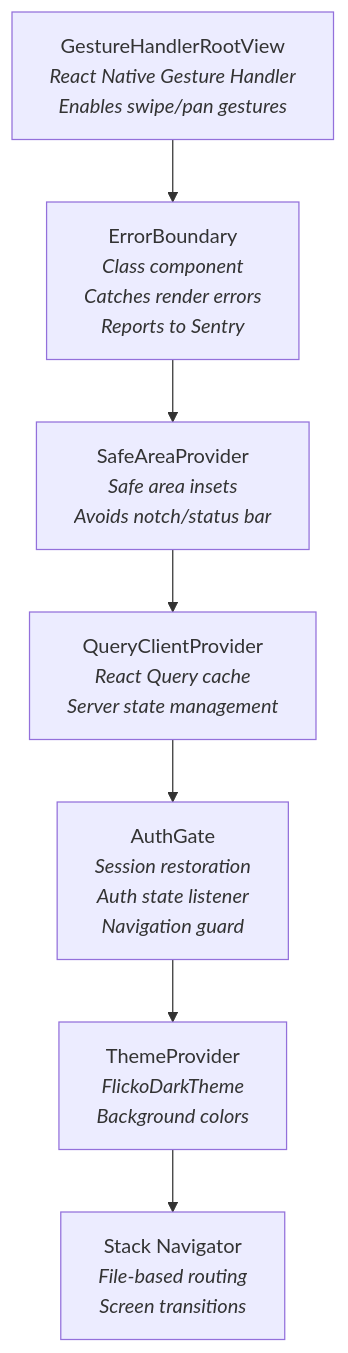
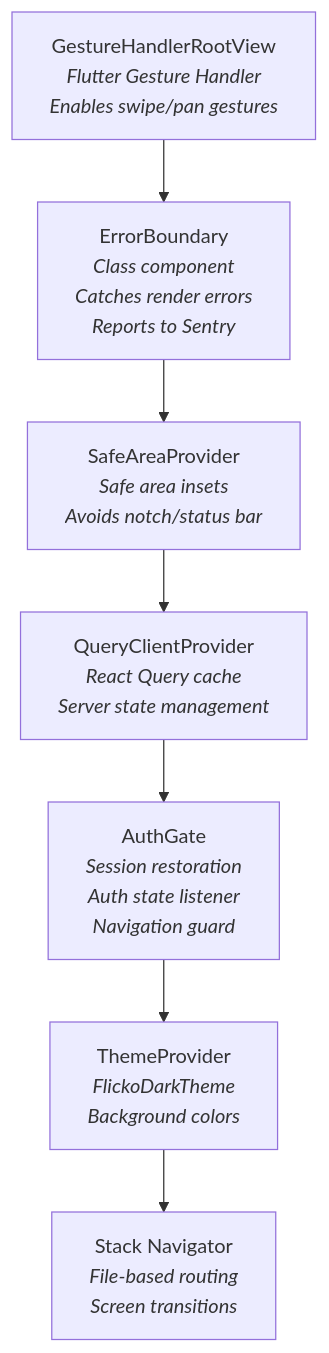
One commit to Santosh-Prasad-Verma/Flicko changed the third of 3 diagrams in docs/diagrams/component-tree.md. Above: the diagram before and after it, drawn with Mermaid. The commit also changed other lines of this file and 3075 other files, not shown here.

````diff
--- a/docs/diagrams/component-tree.md
+++ b/docs/diagrams/component-tree.md
@@ -71,12 +71,12 @@
 ```mermaid
 graph TD
-    A["GestureHandlerRootView<br/><i>React Native Gesture Handler</i><br/><i>Enables swipe/pan gestures</i>"]
+    A["GestureHandlerRootView<br/><i>Flutter Gesture Handler</i><br/><i>Enables swipe/pan gestures</i>"]
     B["ErrorBoundary<br/><i>Class component</i><br/><i>Catches render errors</i><br/><i>Reports to Sentry</i>"]
     C["SafeAreaProvider<br/><i>Safe area insets</i><br/><i>Avoids notch/status bar</i>"]
     D["QueryClientProvider<br/><i>React Query cache</i><br/><i>Server state management</i>"]
     E["AuthGate<br/><i>Session restoration</i><br/><i>Auth state listener</i><br/><i>Navigation guard</i>"]
     F["ThemeProvider<br/><i>FlickoDarkTheme</i><br/><i>Background colors</i>"]
     G["Stack Navigator<br/><i>File-based routing</i><br/><i>Screen transitions</i>"]
 
     A --> B --> C --> D --> E --> F --> G
 ```
````
